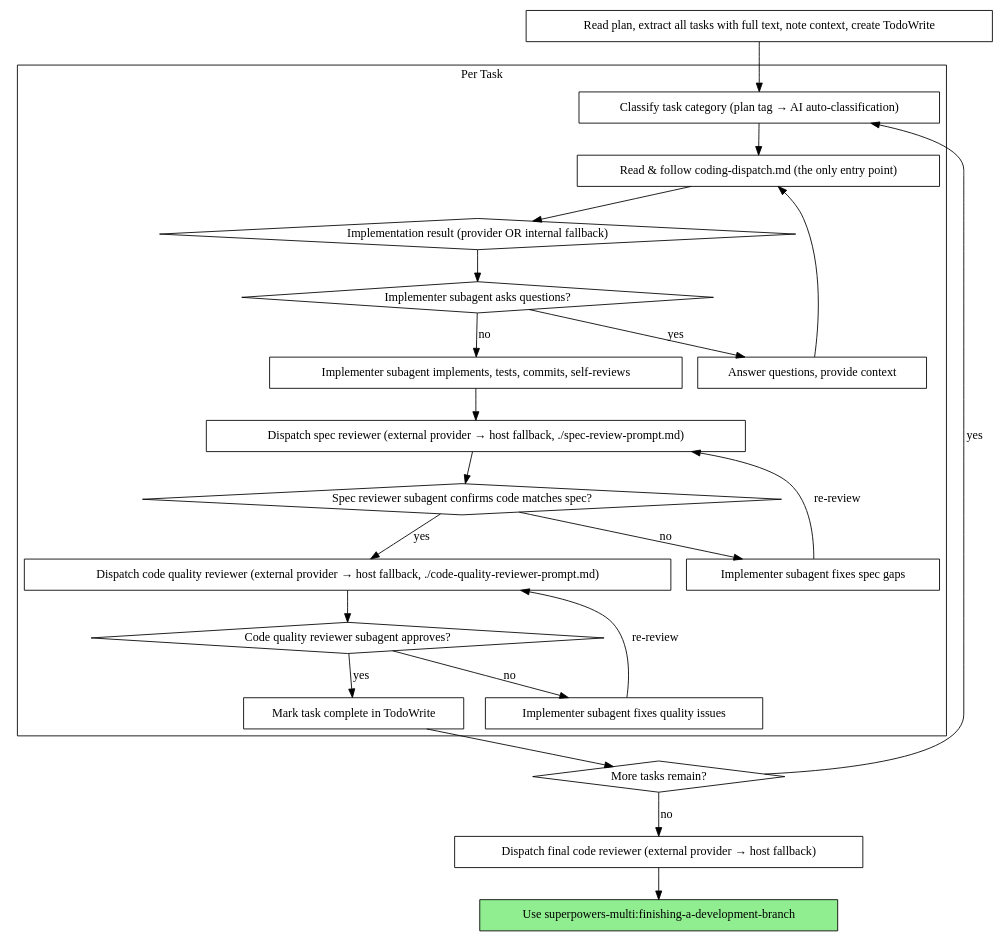
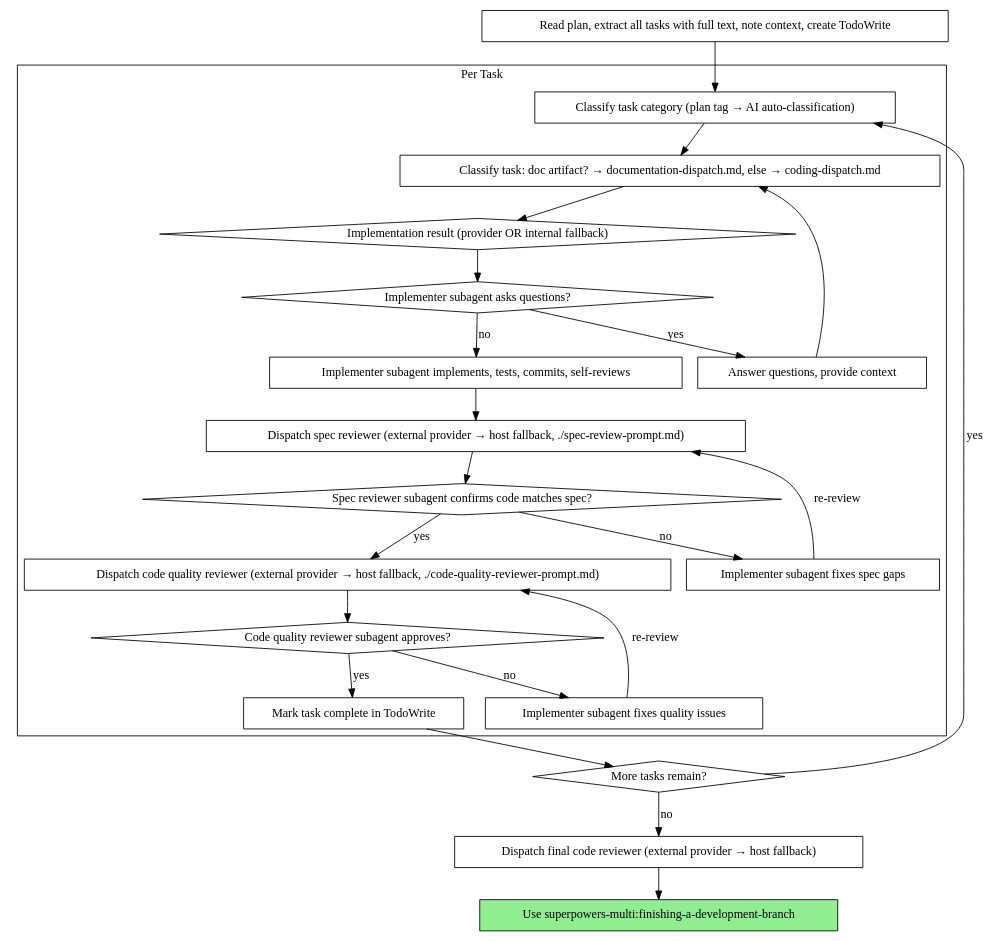
The second of 2 diagrams in skills/subagent-driven-development/SKILL.md (undrthemt/superpowers-multi), drawn with Graphviz before and after one commit. The commit also changed other lines of this file, not shown here.

Commit message:
feat: add documentation-dispatch routing to SDD HARD-GATE and templates

````diff
--- a/skills/subagent-driven-development/SKILL.md
+++ b/skills/subagent-driven-development/SKILL.md
@@ -89,48 +101,48 @@
 ```dot
 digraph process {
     rankdir=TB;
 
     subgraph cluster_per_task {
         label="Per Task";
         "Classify task category (plan tag → AI auto-classification)" [shape=box];
-        "Read & follow coding-dispatch.md (the only entry point)" [shape=box];
+        "Classify task: doc artifact? → documentation-dispatch.md, else → coding-dispatch.md" [shape=box];
         "Implementation result (provider OR internal fallback)" [shape=diamond];
         "Implementer subagent asks questions?" [shape=diamond];
         "Answer questions, provide context" [shape=box];
         "Implementer subagent implements, tests, commits, self-reviews" [shape=box];
         "Dispatch spec reviewer (external provider → host fallback, ./spec-review-prompt.md)" [shape=box];
         "Spec reviewer subagent confirms code matches spec?" [shape=diamond];
         "Implementer subagent fixes spec gaps" [shape=box];
         "Dispatch code quality reviewer (external provider → host fallback, ./code-quality-reviewer-prompt.md)" [shape=box];
         "Code quality reviewer subagent approves?" [shape=diamond];
         "Implementer subagent fixes quality issues" [shape=box];
         "Mark task complete in TodoWrite" [shape=box];
     }
 
     "Read plan, extract all tasks with full text, note context, create TodoWrite" [shape=box];
     "More tasks remain?" [shape=diamond];
     "Dispatch final code reviewer (external provider → host fallback)" [shape=box];
     "Use superpowers-multi:finishing-a-development-branch" [shape=box style=filled fillcolor=lightgreen];
 
     "Read plan, extract all tasks with full text, note context, create TodoWrite" -> "Classify task category (plan tag → AI auto-classification)";
-    "Classify task category (plan tag → AI auto-classification)" -> "Read & follow coding-dispatch.md (the only entry point)";
-    "Read & follow coding-dispatch.md (the only entry point)" -> "Implementation result (provider OR internal fallback)";
+    "Classify task category (plan tag → AI auto-classification)" -> "Classify task: doc artifact? → documentation-dispatch.md, else → coding-dispatch.md";
+    "Classify task: doc artifact? → documentation-dispatch.md, else → coding-dispatch.md" -> "Implementation result (provider OR internal fallback)";
     "Implementation result (provider OR internal fallback)" -> "Implementer subagent asks questions?";
     "Implementer subagent asks questions?" -> "Answer questions, provide context" [label="yes"];
-    "Answer questions, provide context" -> "Read & follow coding-dispatch.md (the only entry point)";
+    "Answer questions, provide context" -> "Classify task: doc artifact? → documentation-dispatch.md, else → coding-dispatch.md";
     "Implementer subagent asks questions?" -> "Implementer subagent implements, tests, commits, self-reviews" [label="no"];
     "Implementer subagent implements, tests, commits, self-reviews" -> "Dispatch spec reviewer (external provider → host fallback, ./spec-review-prompt.md)";
     "Dispatch spec reviewer (external provider → host fallback, ./spec-review-prompt.md)" -> "Spec reviewer subagent confirms code matches spec?";
     "Spec reviewer subagent confirms code matches spec?" -> "Implementer subagent fixes spec gaps" [label="no"];
     "Implementer subagent fixes spec gaps" -> "Dispatch spec reviewer (external provider → host fallback, ./spec-review-prompt.md)" [label="re-review"];
     "Spec reviewer subagent confirms code matches spec?" -> "Dispatch code quality reviewer (external provider → host fallback, ./code-quality-reviewer-prompt.md)" [label="yes"];
     "Dispatch code quality reviewer (external provider → host fallback, ./code-quality-reviewer-prompt.md)" -> "Code quality reviewer subagent approves?";
     "Code quality reviewer subagent approves?" -> "Implementer subagent fixes quality issues" [label="no"];
     "Implementer subagent fixes quality issues" -> "Dispatch code quality reviewer (external provider → host fallback, ./code-quality-reviewer-prompt.md)" [label="re-review"];
     "Code quality reviewer subagent approves?" -> "Mark task complete in TodoWrite" [label="yes"];
     "Mark task complete in TodoWrite" -> "More tasks remain?";
     "More tasks remain?" -> "Classify task category (plan tag → AI auto-classification)" [label="yes"];
     "More tasks remain?" -> "Dispatch final code reviewer (external provider → host fallback)" [label="no"];
     "Dispatch final code reviewer (external provider → host fallback)" -> "Use superpowers-multi:finishing-a-development-branch";
 }
 ```
````
